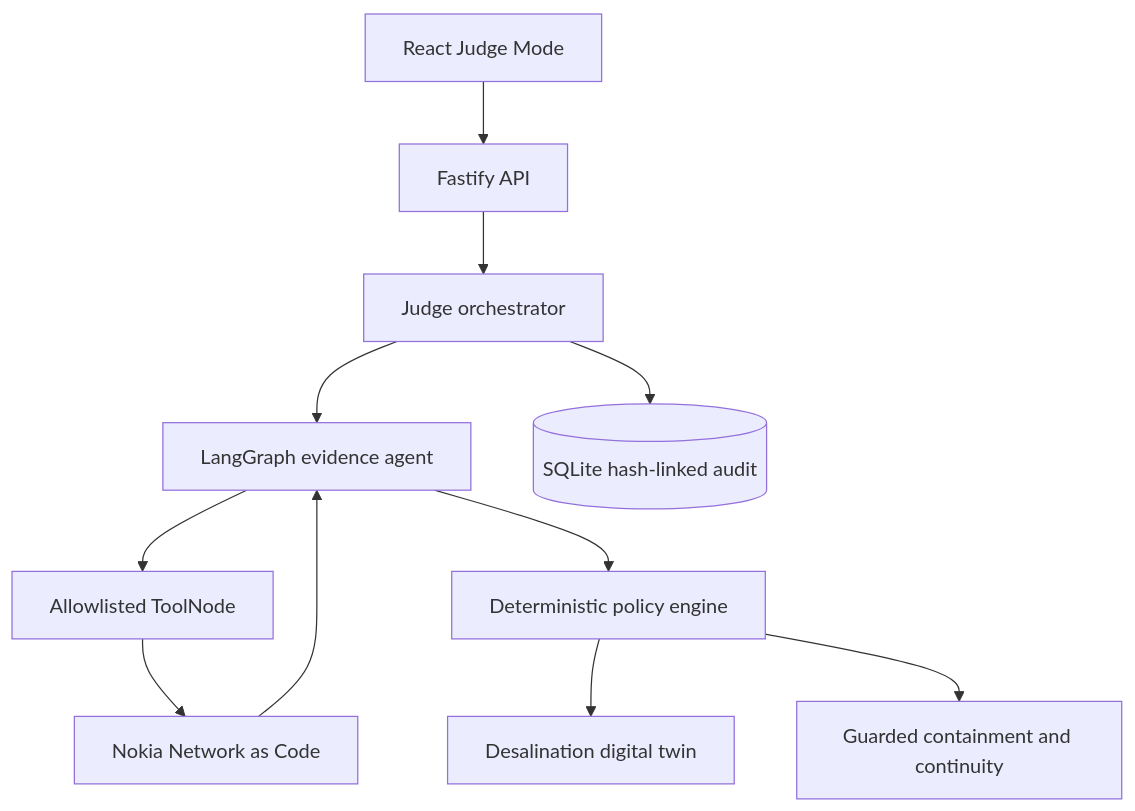
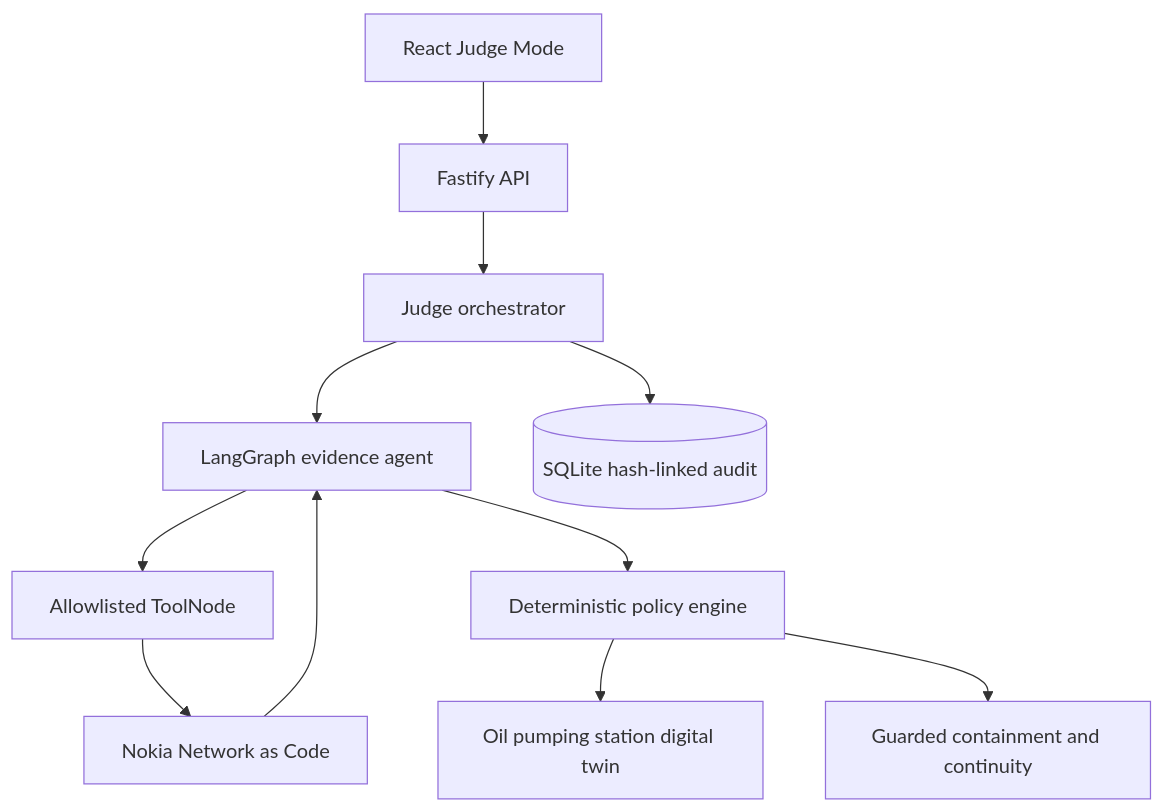
One commit to Mutasem-mk4/hisn-ot-prototype changed the first of 2 diagrams in docs/architecture.md. Above: the diagram before and after it, drawn with Mermaid. The commit also changed other lines of this file and 37 other files, not shown here.

````diff
--- a/docs/architecture.md
+++ b/docs/architecture.md
@@ -11,13 +11,13 @@
 ```mermaid
 flowchart TD
   UI[React Judge Mode] --> API[Fastify API]
   API --> ORCH[Judge orchestrator]
   ORCH --> GRAPH[LangGraph evidence agent]
   GRAPH --> TOOLS[Allowlisted ToolNode]
   TOOLS --> NAC[Nokia Network as Code]
   NAC --> GRAPH
   GRAPH --> POLICY[Deterministic policy engine]
-  POLICY --> TWIN[Desalination digital twin]
+  POLICY --> TWIN[Oil pumping station digital twin]
   POLICY --> RESPONSE[Guarded containment and continuity]
   ORCH --> AUDIT[(SQLite hash-linked audit)]
 ```
````
